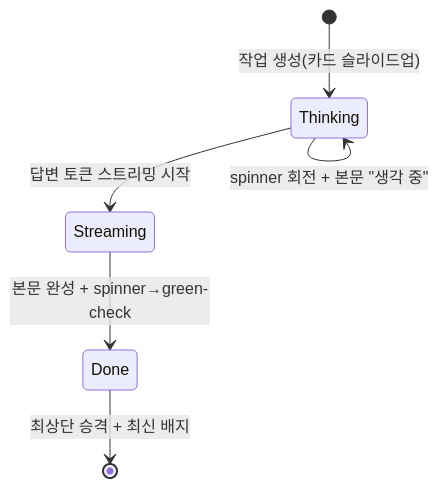
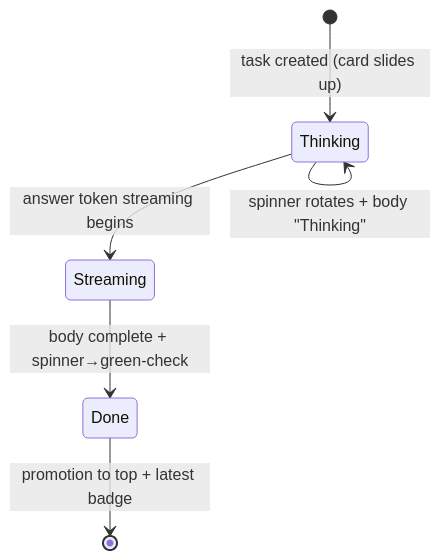
One commit to amsminn/Claude-Pet changed the third of 8 diagrams in docs/04-pet-ui/pet-and-cards.md. Above: the diagram before and after it, drawn with Mermaid. The commit also changed other lines of this file and 48 other files, not shown here.

````diff
--- a/docs/04-pet-ui/pet-and-cards.md
+++ b/docs/04-pet-ui/pet-and-cards.md
@@ -216,8 +216,8 @@
 ```mermaid
 stateDiagram-v2
-    [*] --> Thinking: 작업 생성(카드 슬라이드업)
-    Thinking --> Thinking: spinner 회전 + 본문 "생각 중"
-    Thinking --> Streaming: 답변 토큰 스트리밍 시작
-    Streaming --> Done: 본문 완성 + spinner→green-check
-    Done --> [*]: 최상단 승격 + 최신 배지
+    [*] --> Thinking: task created (card slides up)
+    Thinking --> Thinking: spinner rotates + body "Thinking"
+    Thinking --> Streaming: answer token streaming begins
+    Streaming --> Done: body complete + spinner→green-check
+    Done --> [*]: promotion to top + latest badge
 ```
````
